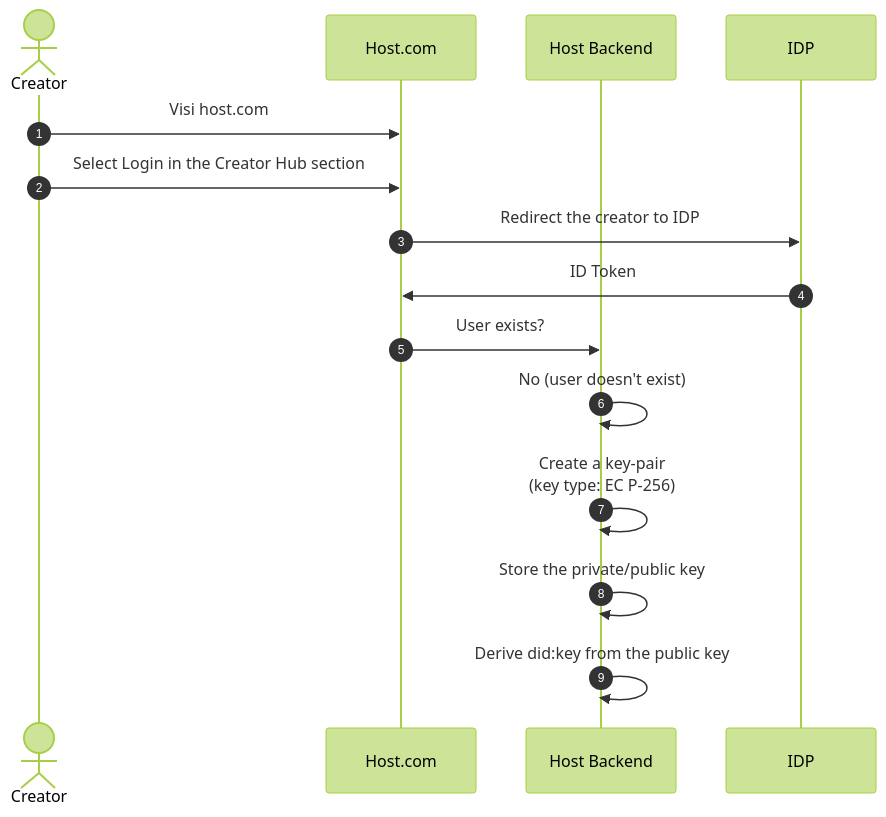
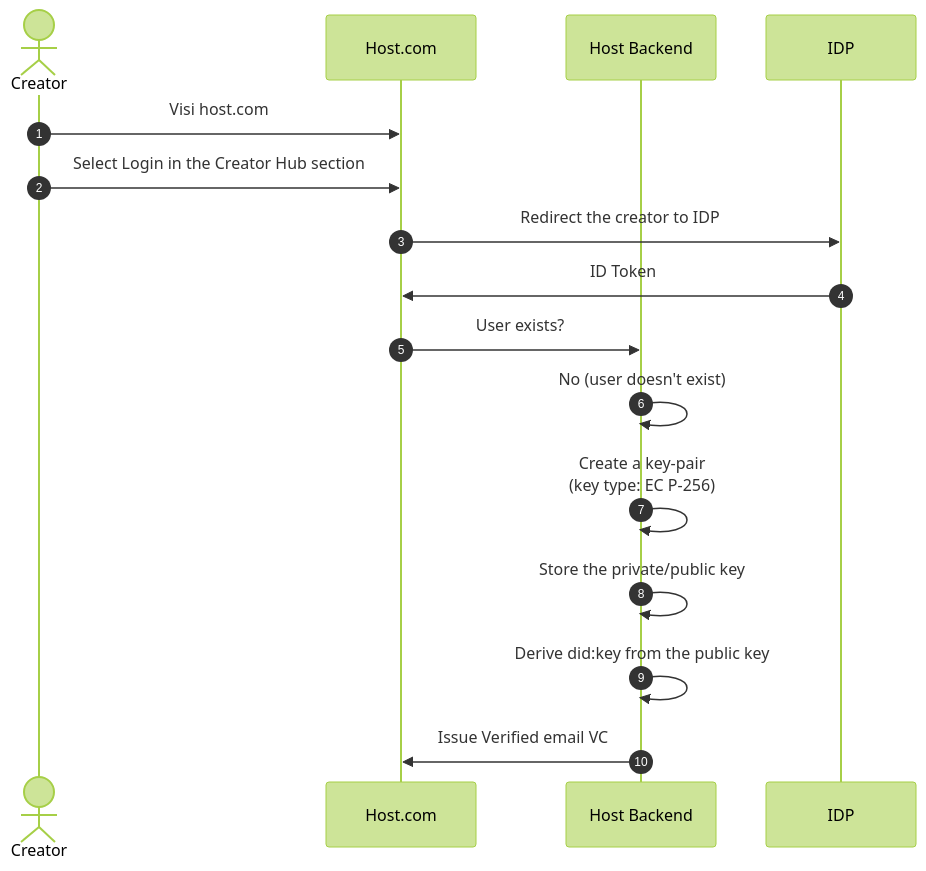
One commit to CreatorCredentials/specifications changed the first of 2 diagrams in docs/creator-email-verification.md. Above: the diagram before and after it, drawn with Mermaid (forest theme). The commit also changed other lines of this file and 1 other file, not shown here.

Commit message:
creator email verification

````diff
--- a/docs/creator-email-verification.md
+++ b/docs/creator-email-verification.md
@@ -3,21 +3,23 @@
 ```mermaid
 sequenceDiagram
   actor c as Creator
   participant ch as Host.com
   participant b as Host Backend
   participant idp as IDP
 
   autonumber
 
   c ->> ch: Visi host.com
   c ->> ch: Select Login in the Creator Hub section
   ch ->> idp: Redirect the creator to IDP
   idp ->> ch: ID Token
 
   ch ->> b: User exists?
   b ->> b: No (user doesn't exist)
   b ->> b: Create a key-pair<br>(key type: EC P-256)
   b ->> b: Store the private/public key
   b ->> b: Derive did:key from the public key
 
+  b ->> ch: Issue Verified email VC
+
 ```
````
